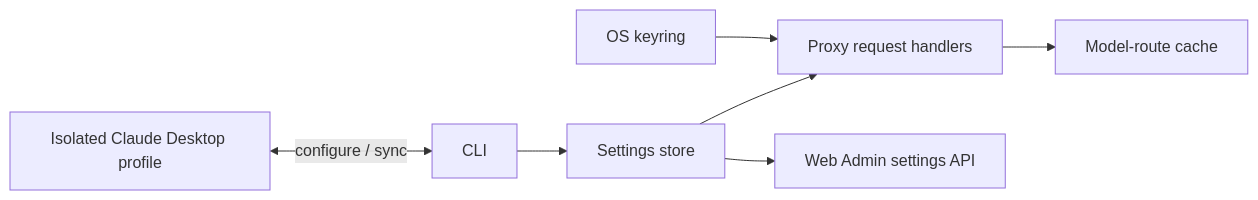
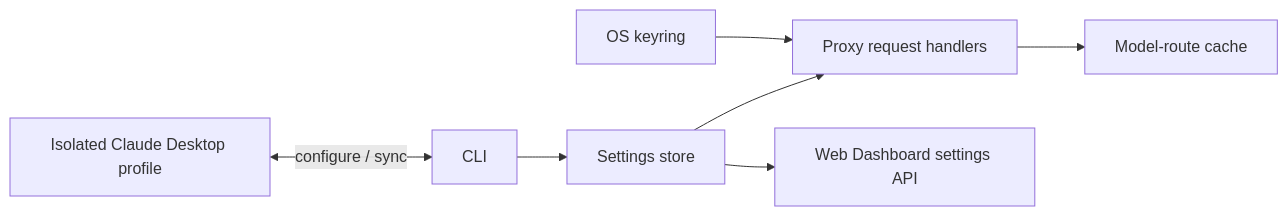
The fifth of 5 diagrams in ARCHITECTURE.md (mushroomTW/FreeClaudeDesktop), drawn with Mermaid before and after one commit. The commit also changed other lines of this file and 25 other files, not shown here.

````diff
--- a/ARCHITECTURE.md
+++ b/ARCHITECTURE.md
@@ -78,9 +78,9 @@
 ```mermaid
 flowchart LR
     SETTINGS["Settings store"] --> PROXY["Proxy request handlers"]
-    SETTINGS --> ADMIN["Web Admin settings API"]
+    SETTINGS --> Dashboard["Web Dashboard settings API"]
     KEYRING["OS keyring"] --> PROXY
     PROFILE["Isolated Claude Desktop profile"] <-->|"configure / sync"| CLI["CLI"]
     CLI --> SETTINGS
     PROXY --> CACHE["Model-route cache"]
 ```
````
